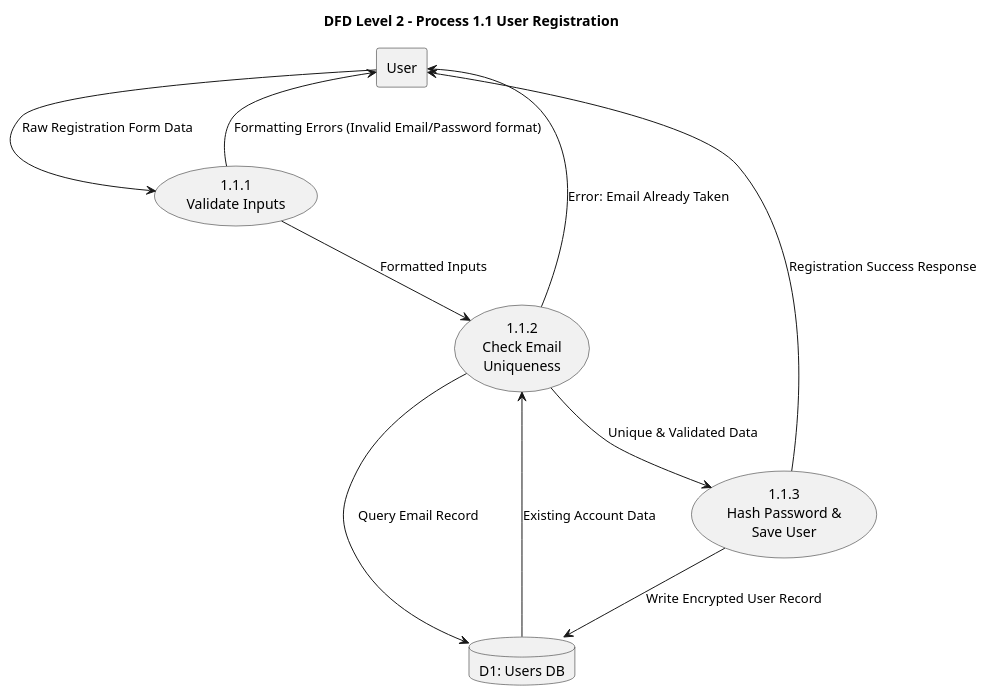
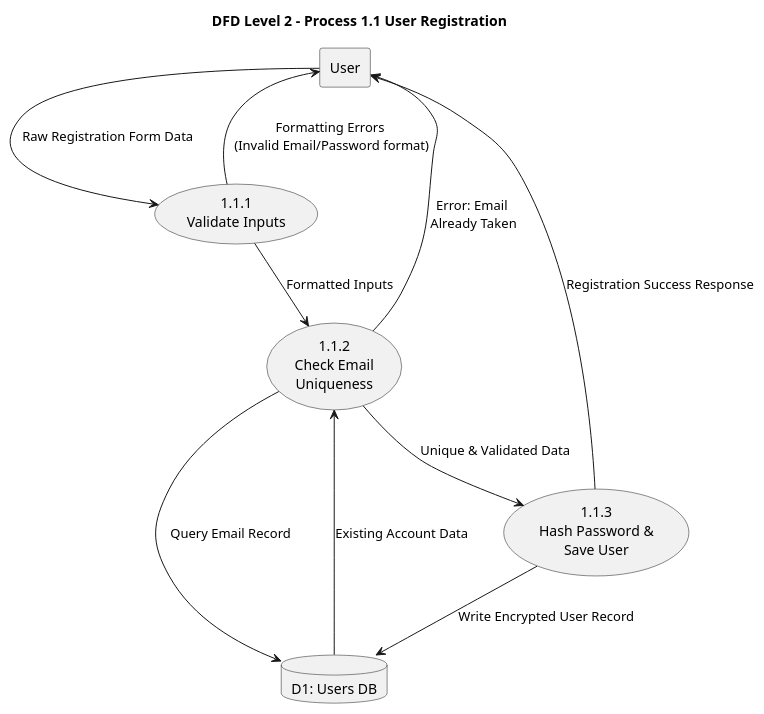
The fourth of 13 diagrams in DFD.md (IngSoft1-futbot/ProyectDoc-Ing-Soft2026), drawn with PlantUML before and after one commit. The commit also changed other lines of this file, not shown here.

````diff
--- a/DFD.md
+++ b/DFD.md
@@ -74,27 +77,27 @@
 ```plantuml
 @startuml
 title DFD Level 2 - Process 1.1 User Registration
 
 rectangle "User" as EntityUser
 
 ' Level 2 Sub-Processes
 usecase "1.1.1\nValidate Inputs" as P1_1
 usecase "1.1.2\nCheck Email\nUniqueness" as P1_2
 usecase "1.1.3\nHash Password &\nSave User" as P1_3
 
 database "D1: Users DB" as DB
 
 ' Execution Pipeline
 EntityUser --> P1_1 : Raw Registration Form Data
-P1_1 --> EntityUser : Formatting Errors (Invalid Email/Password format)
+P1_1 --> EntityUser : Formatting Errors \n(Invalid Email/Password format)
 
 P1_1 --> P1_2 : Formatted Inputs
 P1_2 --> DB : Query Email Record
 DB --> P1_2 : Existing Account Data
-P1_2 --> EntityUser : Error: Email Already Taken
+P1_2 --> EntityUser : Error: Email \nAlready Taken
 
 P1_2 --> P1_3 : Unique & Validated Data
 P1_3 --> DB : Write Encrypted User Record
 P1_3 --> EntityUser : Registration Success Response
 @enduml
 ```
````
